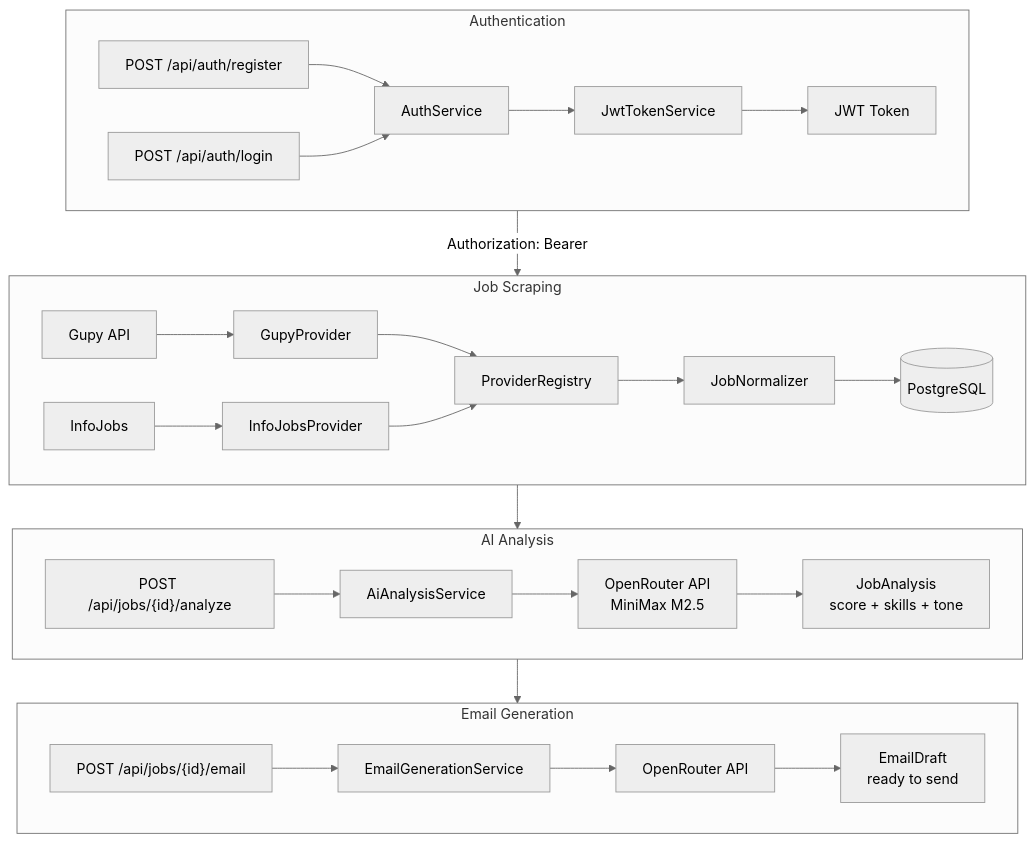
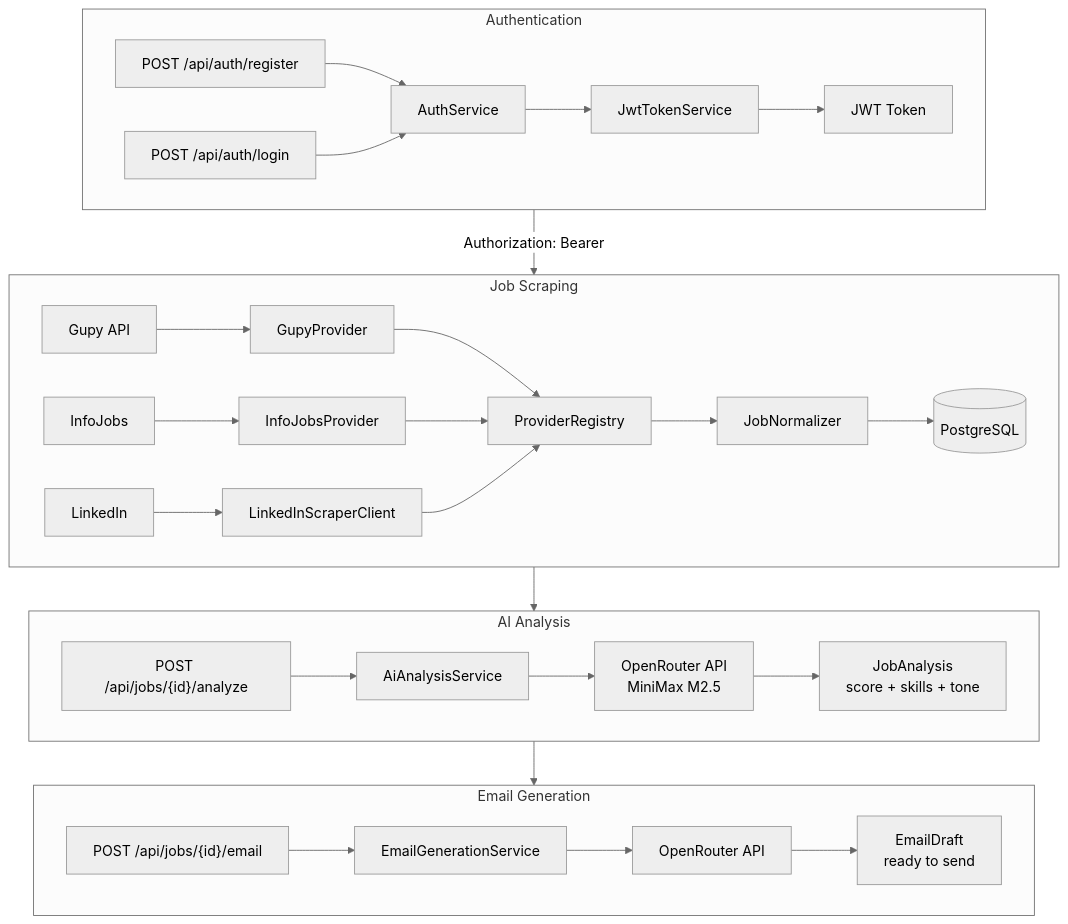
The first of 5 diagrams in README.md (Uzzoper/job-hunter), drawn with Mermaid (neutral theme) before and after one commit. The commit also changed other lines of this file, not shown here.

Commit message:
docs(README): add LinkedIn to flow diagram, tech stack, and test commands

````diff
--- a/README.md
+++ b/README.md
@@ -15,34 +15,36 @@
 ```mermaid
 flowchart TB
     subgraph Auth["Authentication"]
         A1[POST /api/auth/register] --> A2[AuthService]
         A3[POST /api/auth/login] --> A2
         A2 --> A4[JwtTokenService]
         A4 --> A5[JWT Token]
     end
 
     subgraph Scraper["Job Scraping"]
         S1[Gupy API] --> S2[GupyProvider]
         S3[InfoJobs] --> S4[InfoJobsProvider]
-        S2 --> S5[ProviderRegistry]
-        S4 --> S5
-        S5 --> S6[JobNormalizer]
-        S6 --> S7[(PostgreSQL)]
+        S5[LinkedIn] --> S6[LinkedInScraperClient]
+        S2 --> S7[ProviderRegistry]
+        S4 --> S7
+        S6 --> S7
+        S7 --> S8[JobNormalizer]
+        S8 --> S9[(PostgreSQL)]
     end
 
     subgraph AI["AI Analysis"]
         I1["POST /api/jobs/{id}/analyze"] --> I2[AiAnalysisService]
         I2 --> I3[OpenRouter API<br/>MiniMax M2.5]
         I3 --> I4[JobAnalysis<br/>score + skills + tone]
     end
 
     subgraph Email["Email Generation"]
         E1["POST /api/jobs/{id}/email"] --> E2[EmailGenerationService]
         E2 --> E3[OpenRouter API]
         E3 --> E4[EmailDraft<br/>ready to send]
     end
 
     Auth -->|Authorization: Bearer| Scraper
     Scraper --> AI
     AI --> Email
 ```
````
